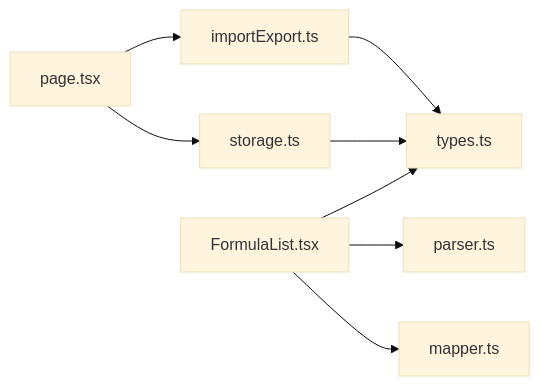
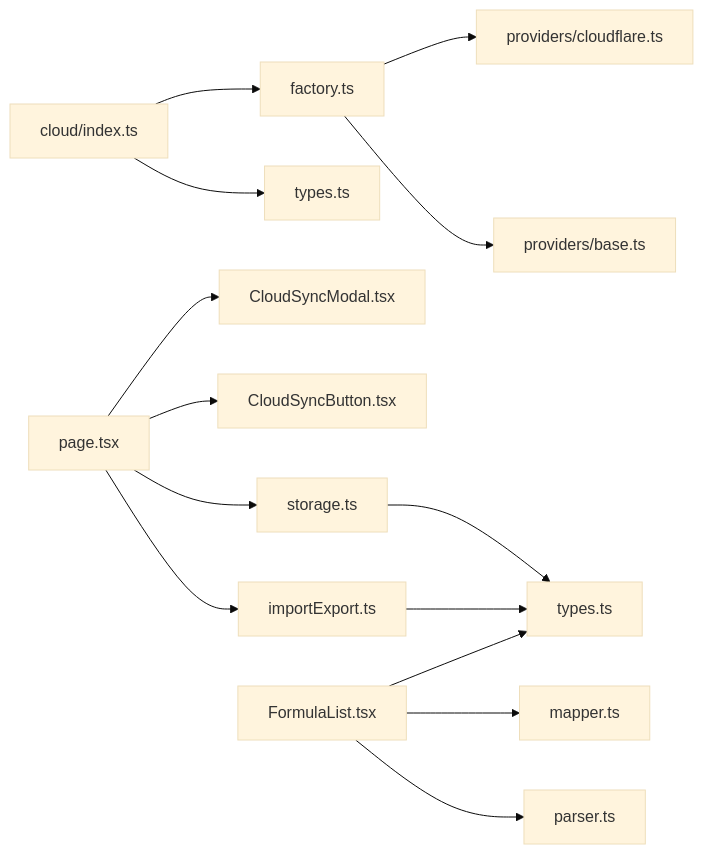
Before and after one commit to steveyu2/formula-mapper: the ninth of 9 diagrams in .qoder/repowiki/zh/content/用户指南/数据管理/数据管理.md, drawn with Mermaid (base theme). The commit also changed other lines of this file and 14 other files, not shown here.

````diff
--- a/.qoder/repowiki/zh/content/用户指南/数据管理/数据管理.md
+++ b/.qoder/repowiki/zh/content/用户指南/数据管理/数据管理.md
@@ -344,10 +509,16 @@
 ```mermaid
 graph LR
 IE["importExport.ts"] --> T["types.ts"]
 ST["storage.ts"] --> T
+CS["cloud/index.ts"] --> CT["types.ts"]
+CS --> CF["factory.ts"]
+CF --> CB["providers/base.ts"]
+CF --> CC["providers/cloudflare.ts"]
 PG["page.tsx"] --> IE
 PG --> ST
+PG --> CSB["CloudSyncButton.tsx"]
+PG --> CSM["CloudSyncModal.tsx"]
 FL["FormulaList.tsx"] --> PR["parser.ts"]
 FL --> MP["mapper.ts"]
 FL --> T
 ```
````
